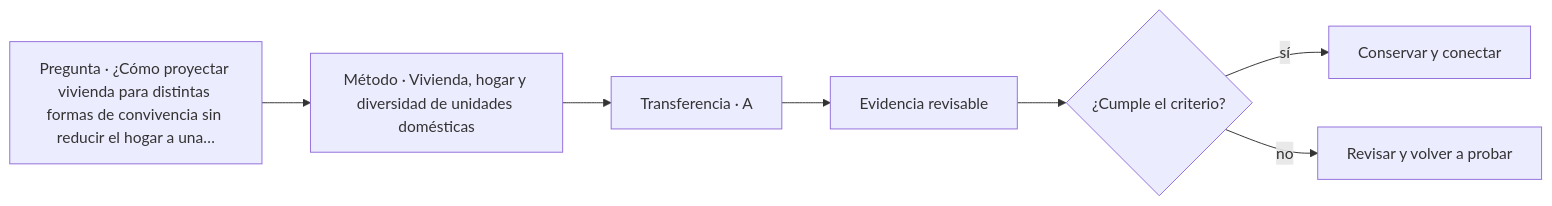
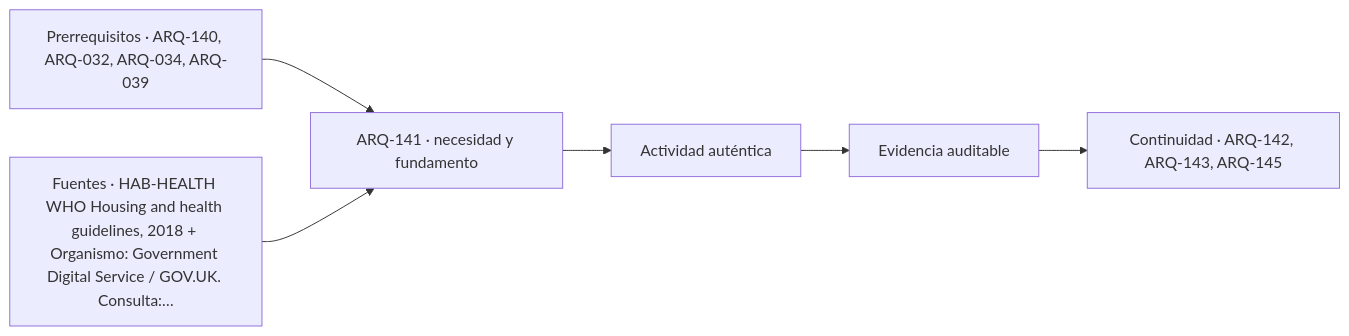
One commit to vladimiracunadev-create/architecture-built-environment-learning-program changed the diagram in classes/parte-15/ARQ-141.md. Above: the diagram before and after it, drawn with Mermaid. The commit also changed other lines of this file and 761 other files, not shown here.

````diff
--- a/classes/parte-15/ARQ-141.md
+++ b/classes/parte-15/ARQ-141.md
@@ -108,9 +120,8 @@
 ```mermaid
 flowchart LR
-    Q["Pregunta · ¿Cómo proyectar vivienda para distintas formas de convivencia sin reducir el hogar a una…"] --> M["Método · Vivienda, hogar y diversidad de unidades domésticas"]
-    M --> P["Transferencia · A"]
-    P --> E["Evidencia revisable"]
-    E --> C{"¿Cumple el criterio?"}
-    C -->|sí| T["Conservar y conectar"]
-    C -->|no| R["Revisar y volver a probar"]
+    A["Prerrequisitos · ARQ-140, ARQ-032, ARQ-034, ARQ-039"] --> B["ARQ-141 · necesidad y fundamento"]
+    S["Fuentes · HAB-HEALTH WHO Housing and health guidelines, 2018 + Organismo: Government Digital Service / GOV.UK. Consulta:…"] --> B
+    B --> C["Actividad auténtica"]
+    C --> D["Evidencia auditable"]
+    D --> E["Continuidad · ARQ-142, ARQ-143, ARQ-145"]
 ```
````
